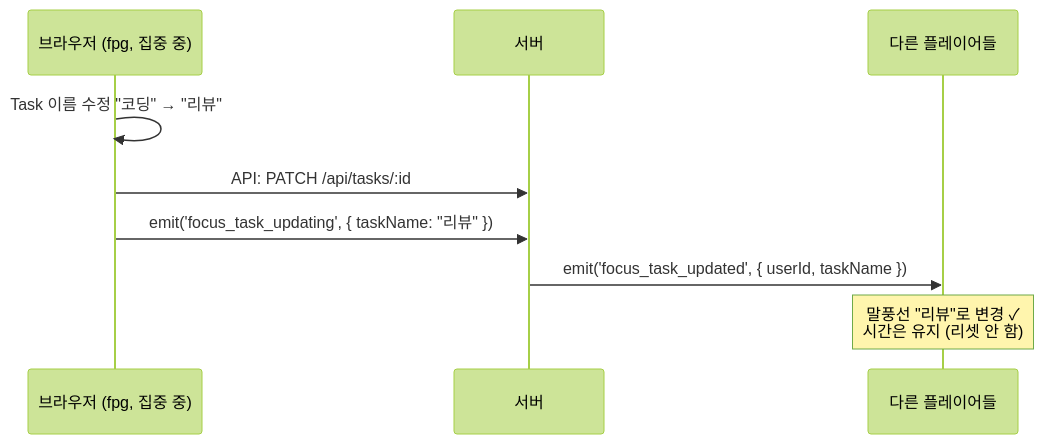
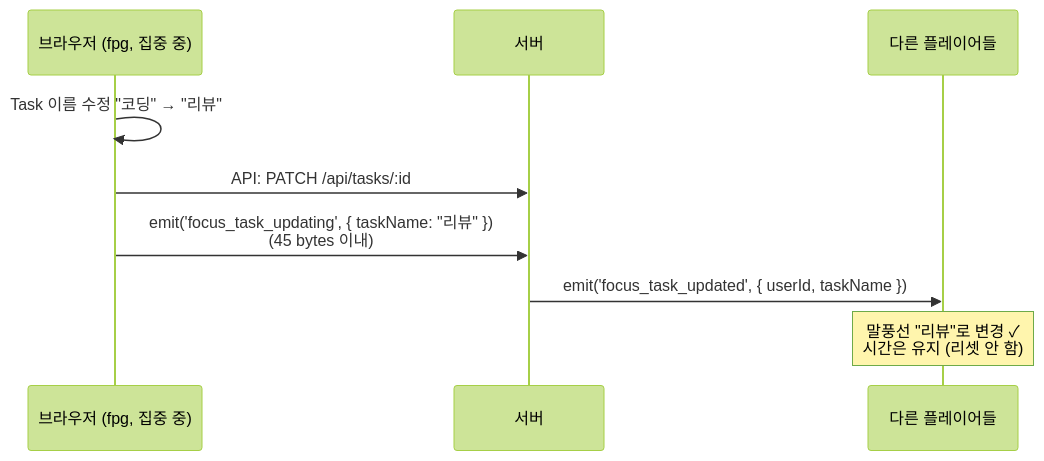
The eighth of 8 diagrams in docs/features/FOCUS_TIME.md (boostcampwm2025/web19-estrogenquattro), drawn with Mermaid (forest theme) before and after one commit. The commit also changed other lines of this file and 9 other files, not shown here.

````diff
--- a/docs/features/FOCUS_TIME.md
+++ b/docs/features/FOCUS_TIME.md
@@ -192,14 +198,14 @@
 ```mermaid
 sequenceDiagram
     participant Browser as 브라우저 (fpg, 집중 중)
     participant Server as 서버
     participant Others as 다른 플레이어들
 
     Browser->>Browser: Task 이름 수정 "코딩" → "리뷰"
     Browser->>Server: API: PATCH /api/tasks/:id
-    Browser->>Server: emit('focus_task_updating', { taskName: "리뷰" })
+    Browser->>Server: emit('focus_task_updating', { taskName: "리뷰" })<br/>(45 bytes 이내)
 
     Server->>Others: emit('focus_task_updated', { userId, taskName })
 
     Note over Others: 말풍선 "리뷰"로 변경 ✓<br/>시간은 유지 (리셋 안 함)
 ```
````
